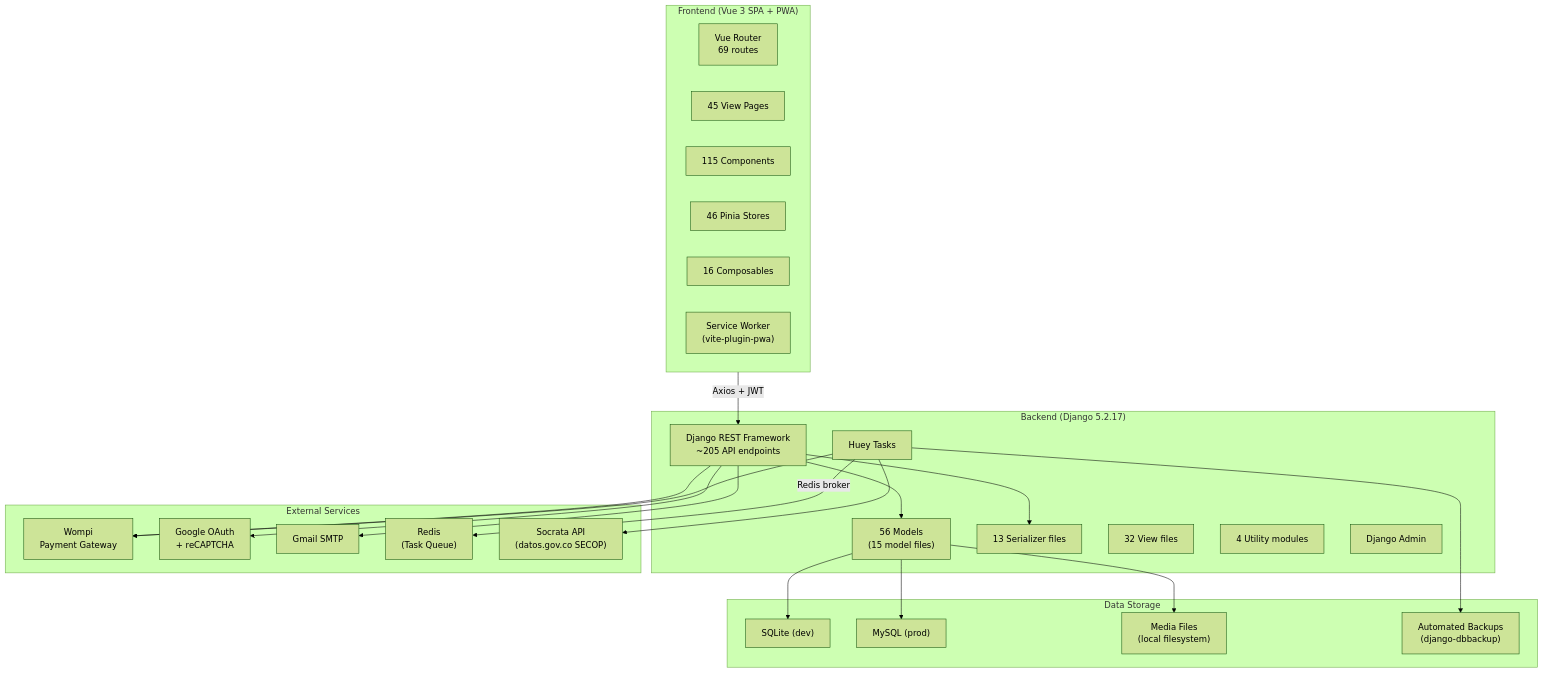
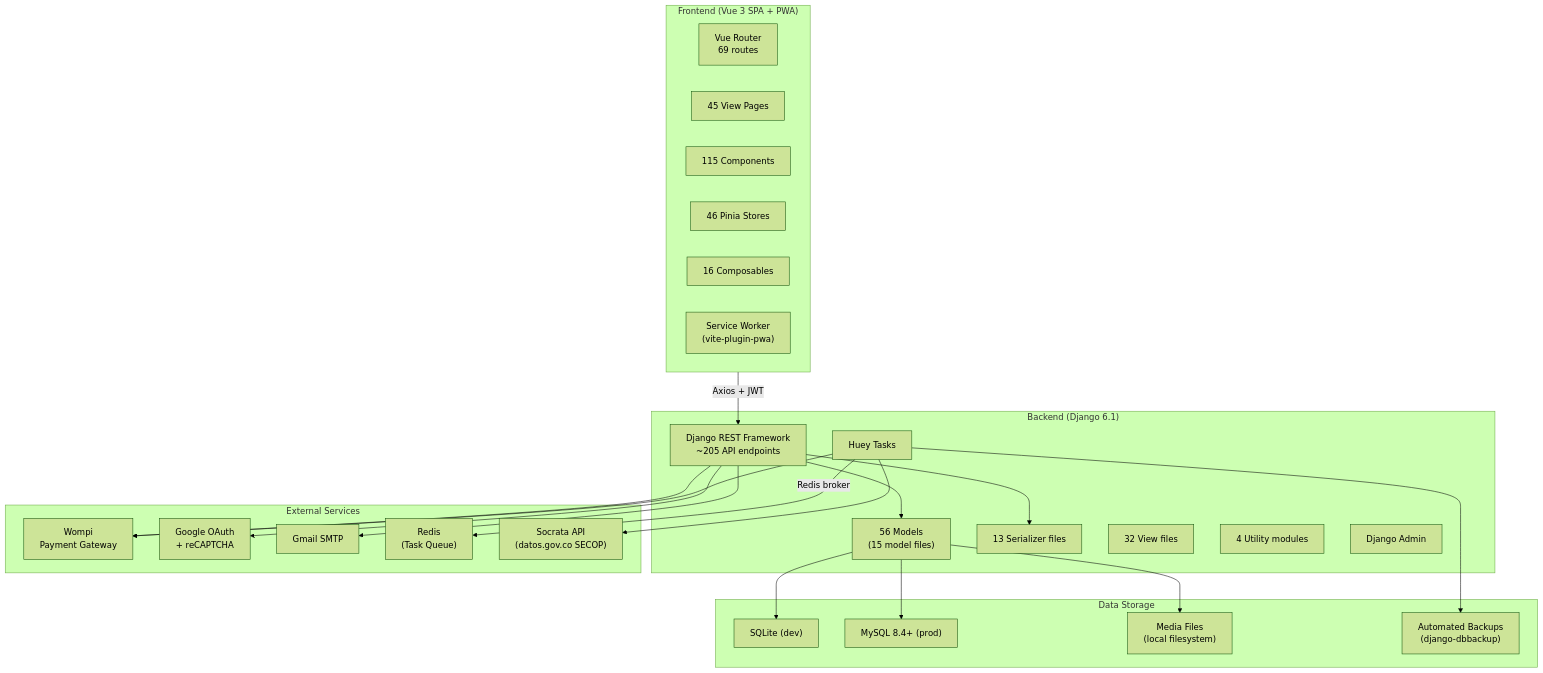
One commit to carlos18bp/gym_project changed the first of 8 diagrams in docs/methodology/architecture.md. Above: the diagram before and after it, drawn with Mermaid (forest theme). The commit also changed other lines of this file and 20 other files, not shown here.

````diff
--- a/docs/methodology/architecture.md
+++ b/docs/methodology/architecture.md
@@ -5,50 +5,50 @@
 ```mermaid
 flowchart TB
     subgraph Client["Frontend (Vue 3 SPA + PWA)"]
         Router["Vue Router\n69 routes"]
         Views["45 View Pages"]
         Components["115 Components"]
         Stores["46 Pinia Stores"]
         Composables["16 Composables"]
         SW["Service Worker\n(vite-plugin-pwa)"]
     end
 
-    subgraph Server["Backend (Django 5.2.17)"]
+    subgraph Server["Backend (Django 6.1)"]
         DRF["Django REST Framework\n~205 API endpoints"]
         Models["56 Models\n(15 model files)"]
         Serializers["13 Serializer files"]
         Views_BE["32 View files"]
         Utils["4 Utility modules"]
         Tasks["Huey Tasks"]
         Admin["Django Admin"]
     end
 
     subgraph External["External Services"]
         Wompi["Wompi\nPayment Gateway"]
         Google["Google OAuth\n+ reCAPTCHA"]
         SMTP["Gmail SMTP"]
         Redis["Redis\n(Task Queue)"]
         Socrata["Socrata API\n(datos.gov.co SECOP)"]
     end
 
     subgraph Storage["Data Storage"]
         DB_Dev["SQLite (dev)"]
-        DB_Prod["MySQL (prod)"]
+        DB_Prod["MySQL 8.4+ (prod)"]
         Media["Media Files\n(local filesystem)"]
         Backups["Automated Backups\n(django-dbbackup)"]
     end
 
     Client -->|"Axios + JWT"| DRF
     DRF --> Models
     DRF --> Serializers
     Models --> DB_Dev
     Models --> DB_Prod
     Models --> Media
     Tasks -->|"Redis broker"| Redis
     Tasks --> Wompi
     Tasks --> Backups
     DRF --> SMTP
     DRF --> Google
     DRF --> Wompi
     Tasks --> Socrata
 ```
````
